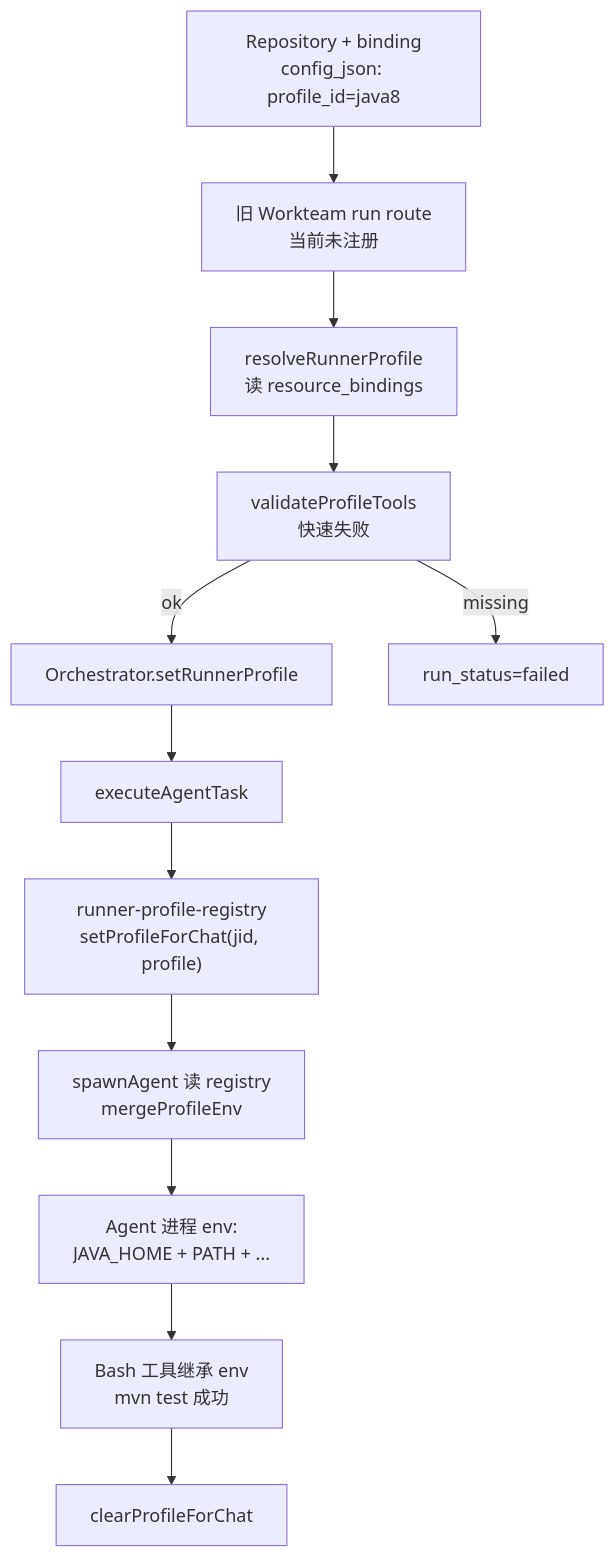
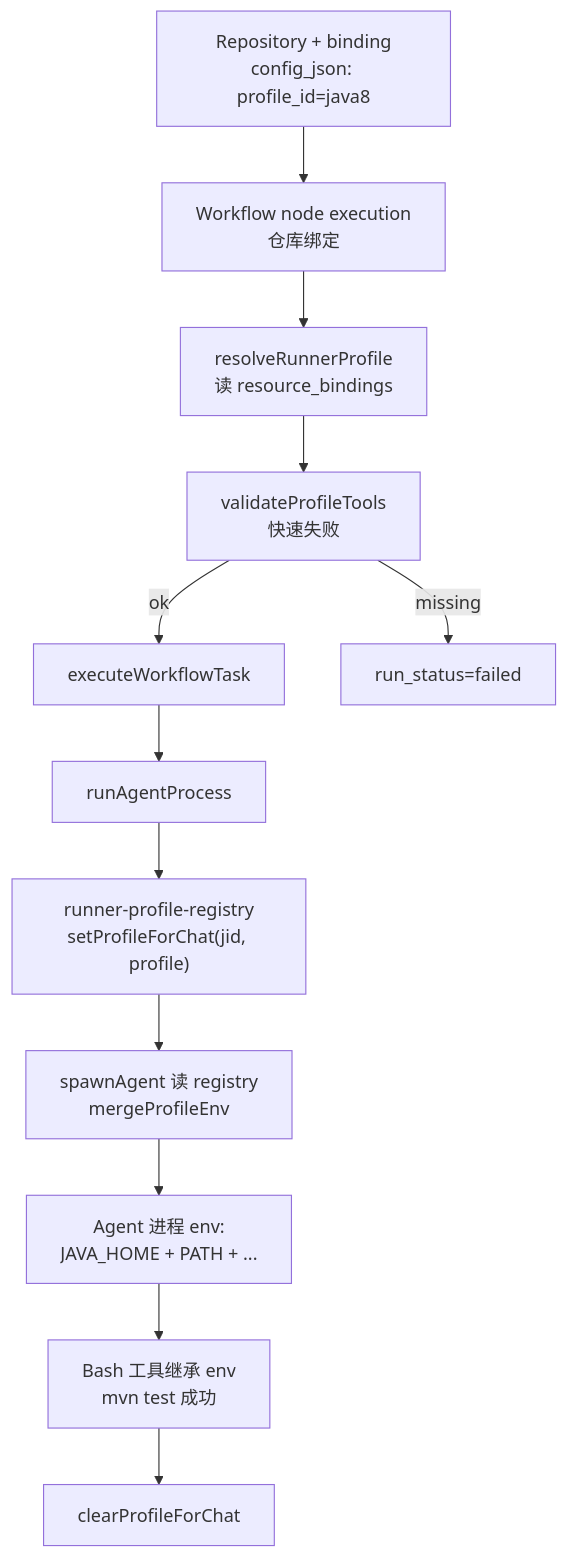
One commit to binidx/nanoClaw changed the diagram in docs/sdlc-runner-profiles.md. Above: the diagram before and after it, drawn with Mermaid. The commit also changed other lines of this file and 17 other files, not shown here.

````diff
--- a/docs/sdlc-runner-profiles.md
+++ b/docs/sdlc-runner-profiles.md
@@ -25,26 +25,26 @@
 ```mermaid
 flowchart TB
   repo["Repository + binding<br/>config_json: profile_id=java8"]
-  run["旧 Workteam run route<br/>当前未注册"]
+  run["Workflow node execution<br/>仓库绑定"]
   res["resolveRunnerProfile<br/>读 resource_bindings"]
   val["validateProfileTools<br/>快速失败"]
-  orch["Orchestrator.setRunnerProfile"]
-  task["executeAgentTask"]
+  orch["executeWorkflowTask"]
+  task["runAgentProcess"]
   reg["runner-profile-registry<br/>setProfileForChat(jid, profile)"]
   spawn["spawnAgent 读 registry<br/>mergeProfileEnv"]
   agent["Agent 进程 env:<br/>JAVA_HOME + PATH + ..."]
   bash["Bash 工具继承 env<br/>mvn test 成功"]
   clr["clearProfileForChat"]
 
   repo --> run
   run --> res
   res --> val
   val -->|ok| orch
   val -->|missing| fail["run_status=failed"]
   orch --> task
   task --> reg
   reg --> spawn
   spawn --> agent
   agent --> bash
   bash --> clr
 ```
````
